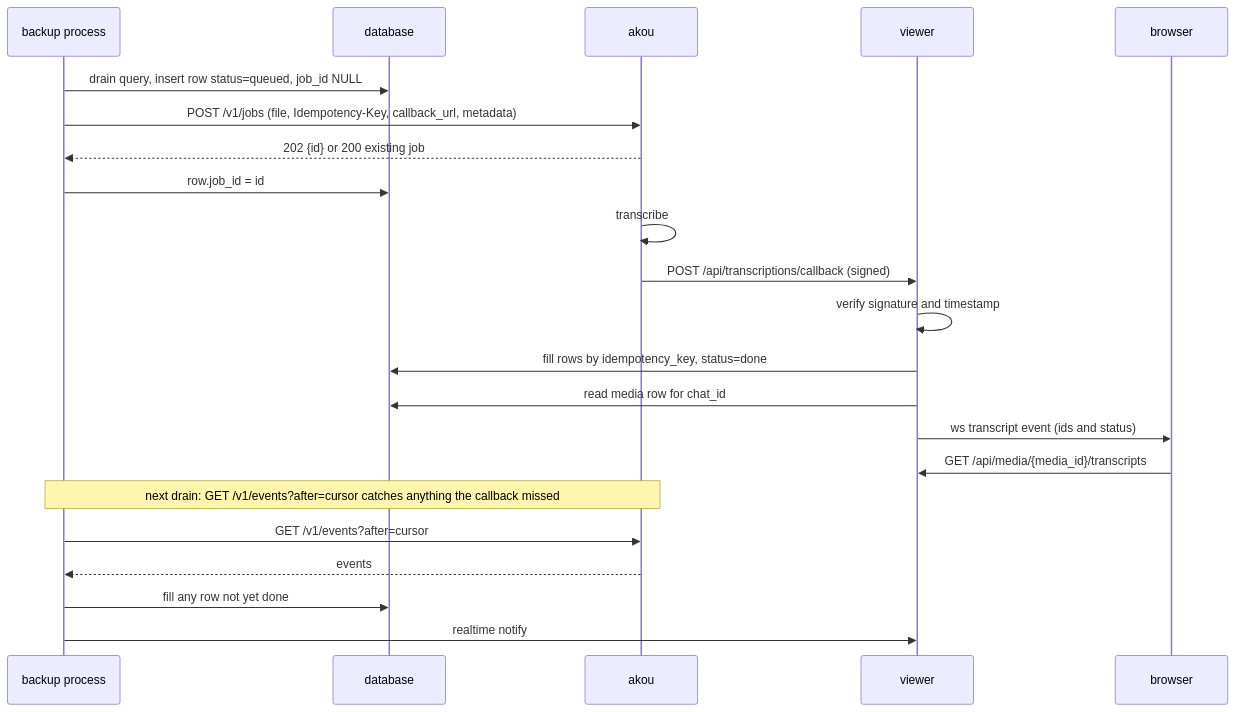
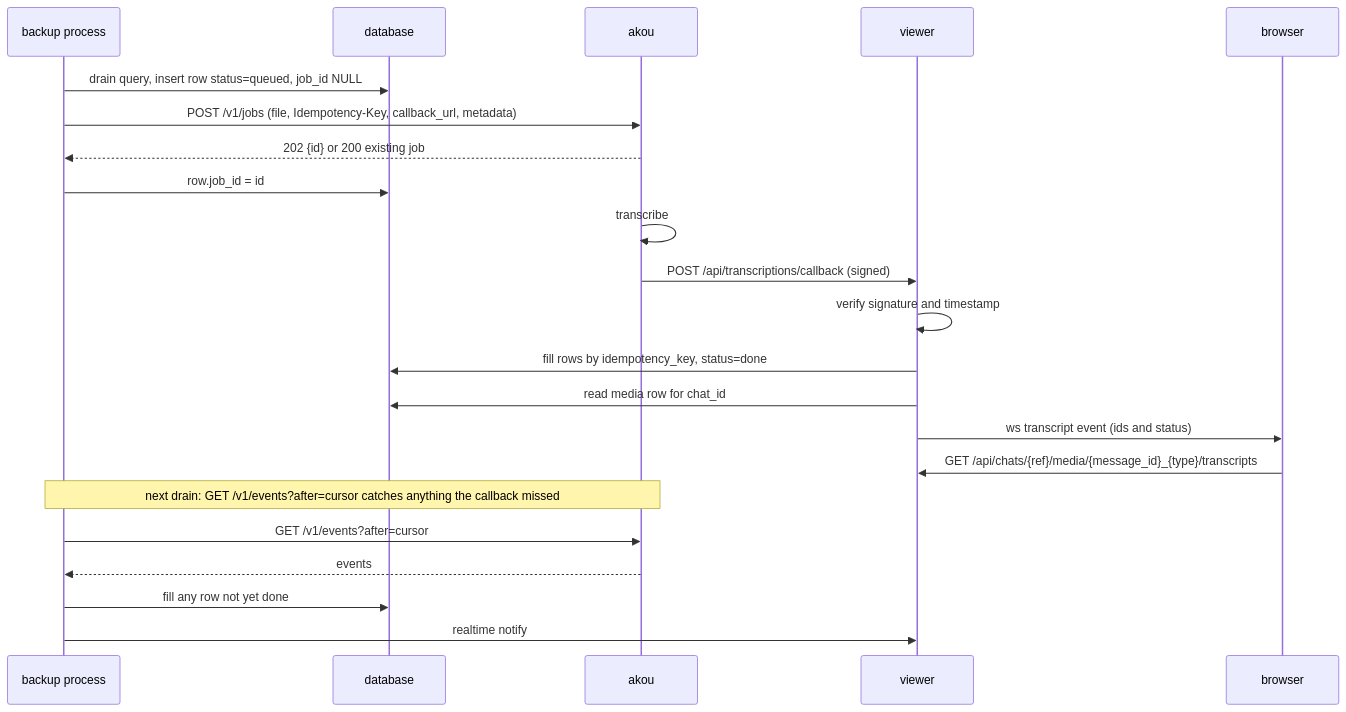
One commit to GeiserX/Telegram-Archive changed the diagram in docs/TRANSCRIPTION.md. Above: the diagram before and after it, drawn with Mermaid. The commit also changed other lines of this file and 33 other files, not shown here.

````diff
--- a/docs/TRANSCRIPTION.md
+++ b/docs/TRANSCRIPTION.md
@@ -266,25 +271,25 @@
 ```mermaid
 sequenceDiagram
     participant B as backup process
     participant DB as database
     participant A as akou
     participant V as viewer
     participant U as browser
 
     B->>DB: drain query, insert row status=queued, job_id NULL
     B->>A: POST /v1/jobs (file, Idempotency-Key, callback_url, metadata)
     A-->>B: 202 {id} or 200 existing job
     B->>DB: row.job_id = id
     A->>A: transcribe
     A->>V: POST /api/transcriptions/callback (signed)
     V->>V: verify signature and timestamp
     V->>DB: fill rows by idempotency_key, status=done
     V->>DB: read media row for chat_id
     V->>U: ws transcript event (ids and status)
-    U->>V: GET /api/media/{media_id}/transcripts
+    U->>V: GET /api/chats/{ref}/media/{message_id}_{type}/transcripts
     Note over B,A: next drain: GET /v1/events?after=cursor catches anything the callback missed
     B->>A: GET /v1/events?after=cursor
     A-->>B: events
     B->>DB: fill any row not yet done
     B->>V: realtime notify
 ```
````
